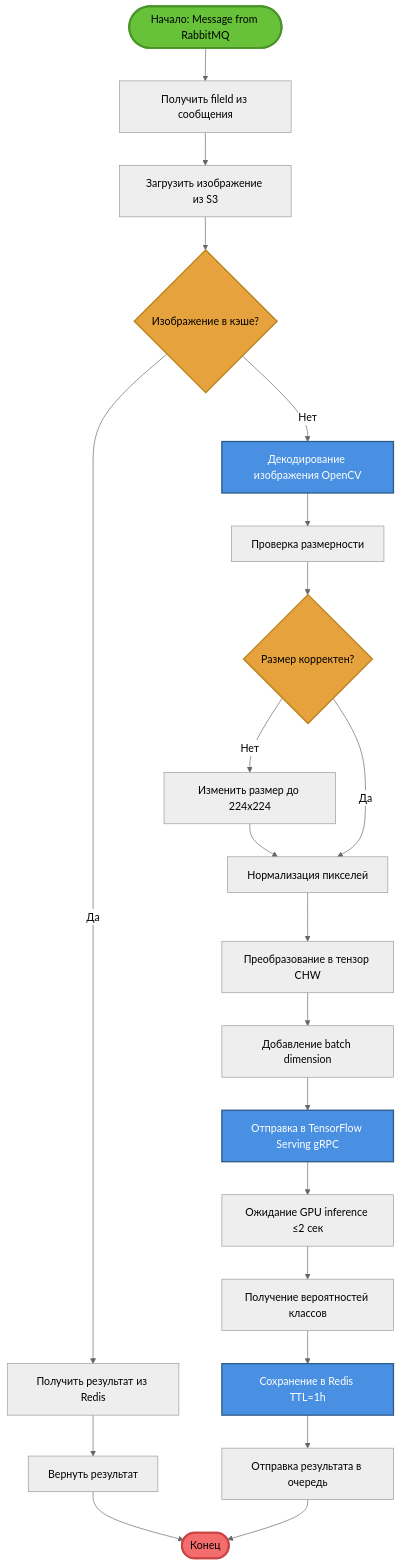
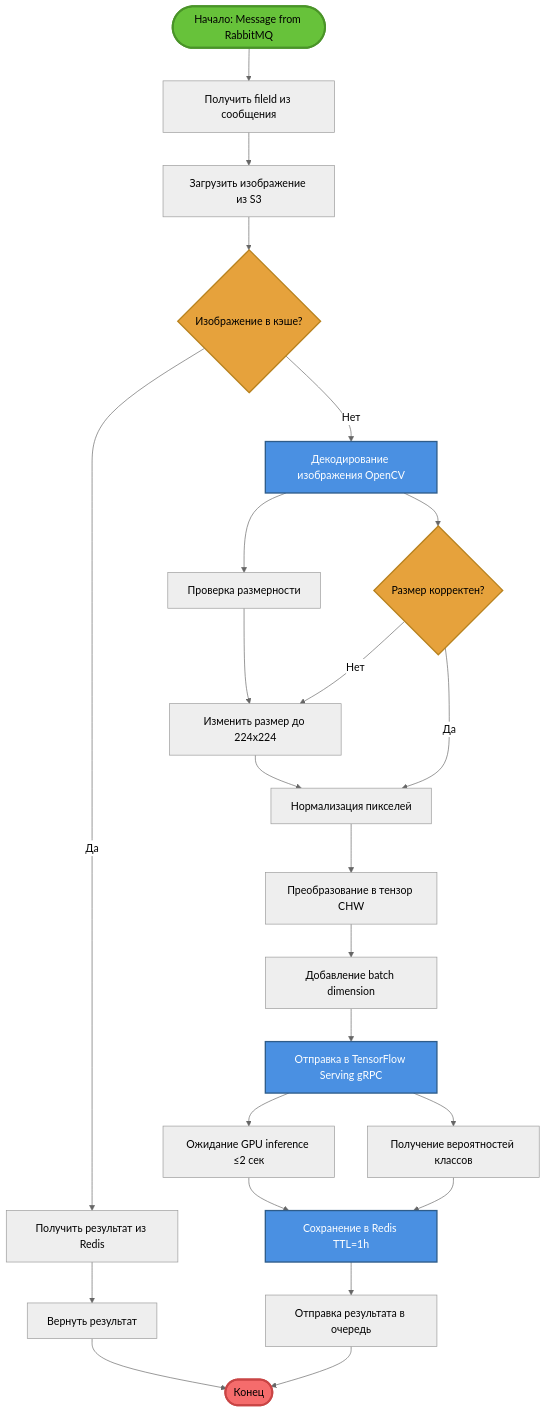
Before and after one commit to Edisheri/system-engineering-playbook: the second of 6 diagrams in src/architecture/uml/image-processing.md, drawn with Mermaid (neutral theme). The commit also changed 52 other files, not shown here.

Commit message:
Improve Activity diagrams layout and add 4 detailed BPMN scenario diagrams

````diff
--- a/src/architecture/uml/image-processing.md
+++ b/src/architecture/uml/image-processing.md
@@ -74,56 +74,58 @@
 ```mermaid
 flowchart TD
     Start([Начало: Message from RabbitMQ])
     
     A[Получить fileId из сообщения]
     B[Загрузить изображение из S3]
     C{Изображение в кэше?}
     D[Получить результат из Redis]
     E[Вернуть результат]
     
     F[Декодирование изображения OpenCV]
     G[Проверка размерности]
     H{Размер корректен?}
     I[Изменить размер до 224x224]
     J[Нормализация пикселей]
     K[Преобразование в тензор CHW]
     L[Добавление batch dimension]
     
     M[Отправка в TensorFlow Serving gRPC]
     N[Ожидание GPU inference ≤2 сек]
     O[Получение вероятностей классов]
     P[Сохранение в Redis TTL=1h]
     Q[Отправка результата в очередь]
     End([Конец])
     
     Start --> A
     A --> B
     B --> C
     C -->|Да| D
     D --> E
     E --> End
     C -->|Нет| F
     
     F --> G
-    G --> H
+    F --> H
+    G --> I
     H -->|Нет| I
+    H -->|Да| J
     I --> J
-    H -->|Да| J
     J --> K
     K --> L
     L --> M
     
     M --> N
-    N --> O
+    M --> O
+    N --> P
     O --> P
     P --> Q
     Q --> End
     
     style Start fill:#67c23a,stroke:#4a9428,stroke-width:3px
     style End fill:#f56c6c,stroke:#c94545,stroke-width:3px
     style C fill:#e6a23c,stroke:#b8821e,stroke-width:2px
     style H fill:#e6a23c,stroke:#b8821e,stroke-width:2px
     style F fill:#4a90e2,stroke:#2e5c8a,stroke-width:2px,color:#fff
     style M fill:#4a90e2,stroke:#2e5c8a,stroke-width:2px,color:#fff
     style P fill:#4a90e2,stroke:#2e5c8a,stroke-width:2px,color:#fff
 ```
````
